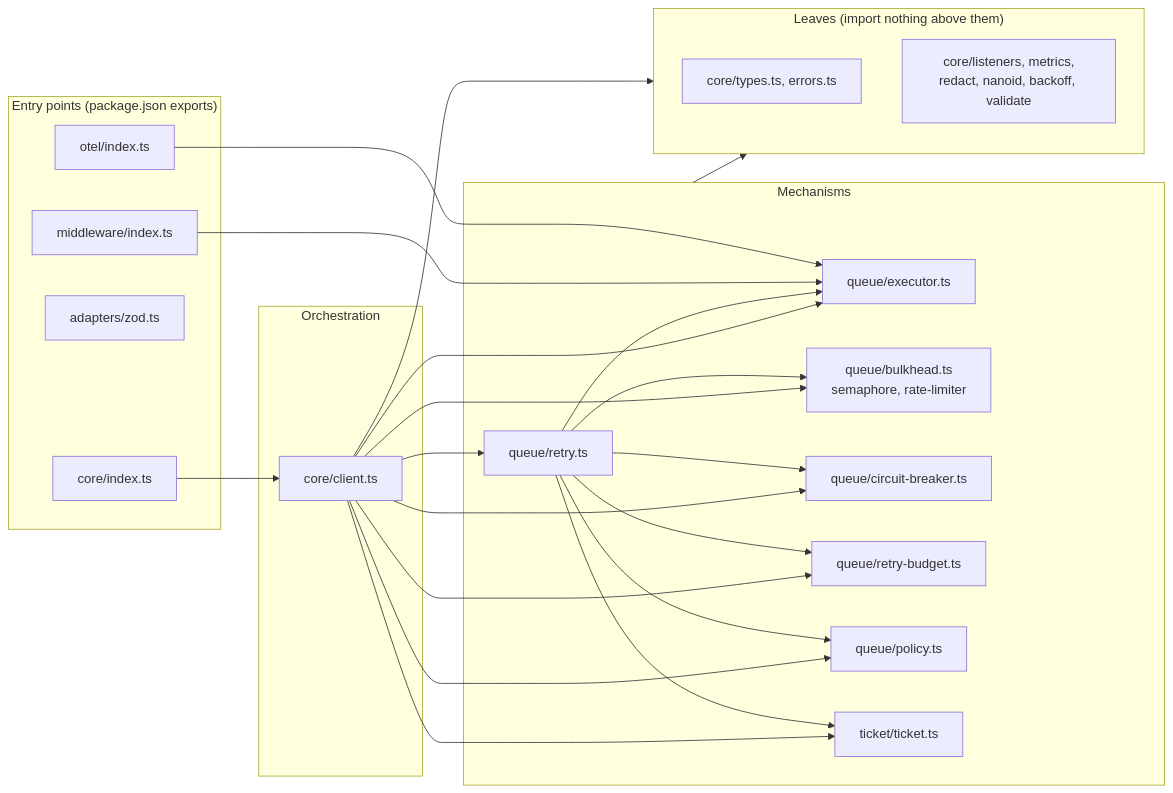
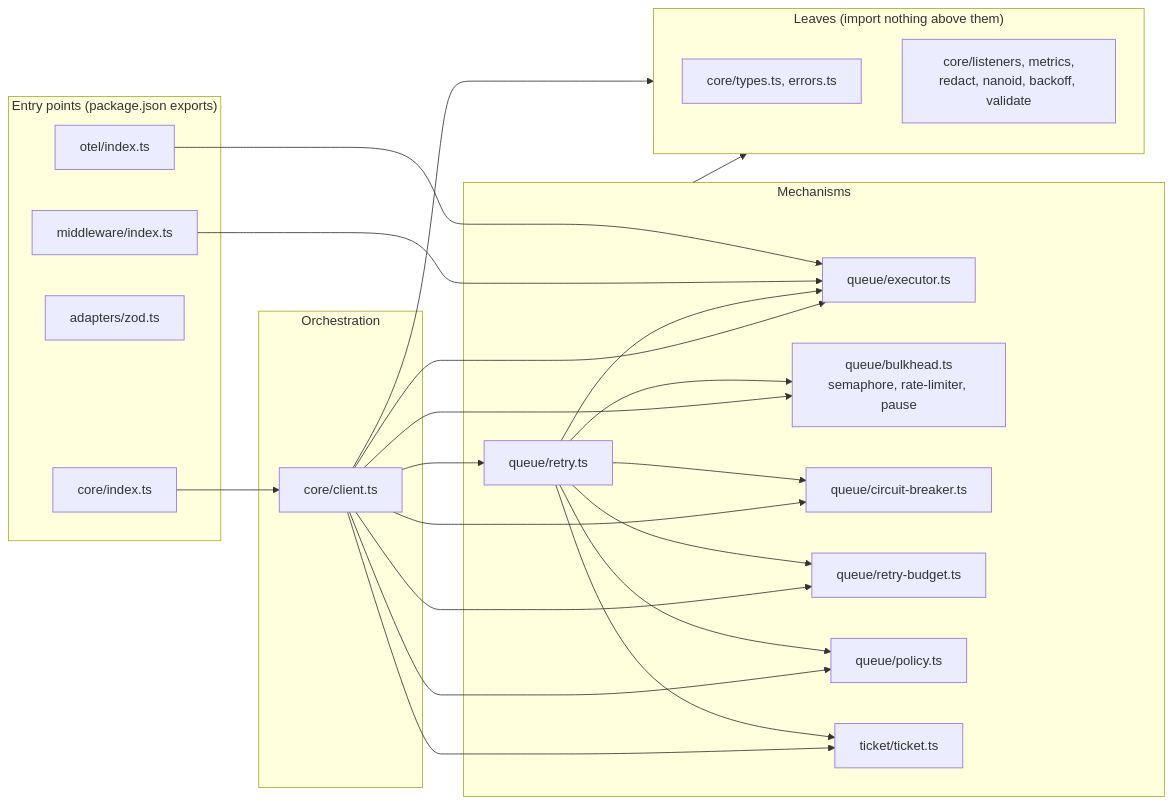
The diagram in docs/book/02-repo-map.md (riosgabriel/vereda), drawn with Mermaid before and after one commit. The commit also changed other lines of this file and 12 other files, not shown here.

````diff
--- a/docs/book/02-repo-map.md
+++ b/docs/book/02-repo-map.md
@@ -73,32 +73,32 @@
 ```mermaid
 flowchart LR
   subgraph entry["Entry points (package.json exports)"]
     idx["core/index.ts"]
     mw["middleware/index.ts"]
     zod["adapters/zod.ts"]
     otel["otel/index.ts"]
   end
   subgraph top["Orchestration"]
     client["core/client.ts"]
   end
   subgraph mech["Mechanisms"]
     retry["queue/retry.ts"]
     exec["queue/executor.ts"]
-    bh["queue/bulkhead.ts<br/>semaphore, rate-limiter"]
+    bh["queue/bulkhead.ts<br/>semaphore, rate-limiter, pause"]
     cb["queue/circuit-breaker.ts"]
     rb["queue/retry-budget.ts"]
     pol["queue/policy.ts"]
     ticket["ticket/ticket.ts"]
   end
   subgraph leaf["Leaves (import nothing above them)"]
     types["core/types.ts, errors.ts"]
     util["core/listeners, metrics,<br/>redact, nanoid, backoff, validate"]
   end
   idx --> client
   client --> retry & exec & bh & cb & rb & pol & ticket
   retry --> exec & bh & cb & rb & pol & ticket
   mw --> exec
   otel --> exec
   mech --> leaf
   client --> leaf
 ```
````
